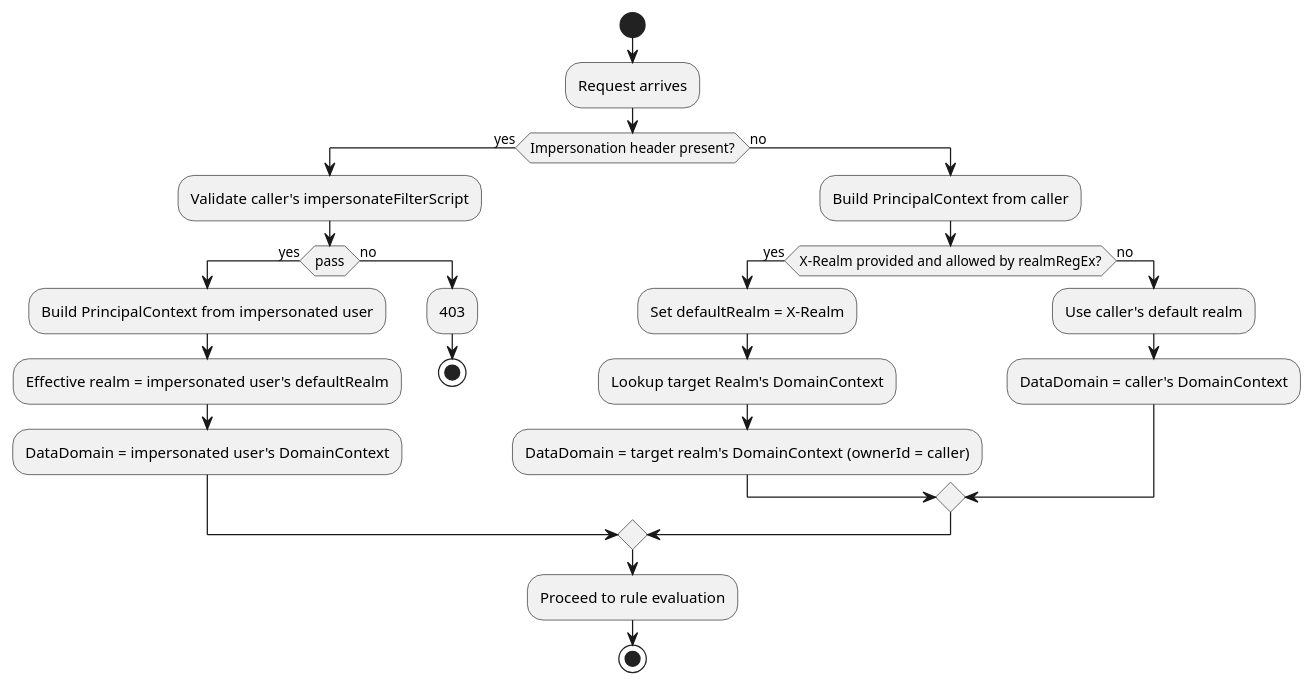
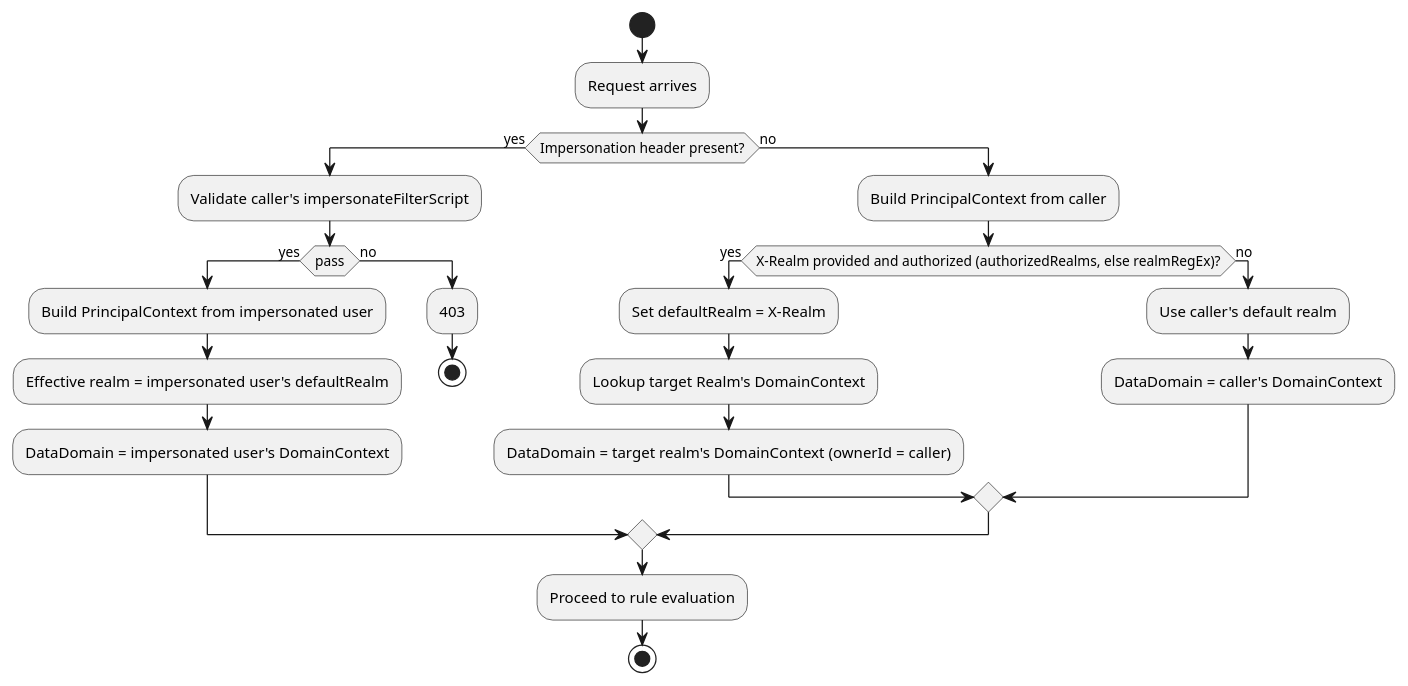
One commit to end2endlogic-com/quantum-framework changed the eighth of 10 diagrams in quantum-docs/src/docs/asciidoc/user-guide/permissions.adoc. Above: the diagram before and after it, drawn with PlantUML. The commit also changed other lines of this file and 43 other files, not shown here.

```diff
--- a/quantum-docs/src/docs/asciidoc/user-guide/permissions.adoc
+++ b/quantum-docs/src/docs/asciidoc/user-guide/permissions.adoc
@@ -2022,30 +2107,30 @@
 [plantuml]
 ....
 @startuml
 start
 :Request arrives;
 if (Impersonation header present?) then (yes)
   :Validate caller's impersonateFilterScript;
   if (pass) then (yes)
     :Build PrincipalContext from impersonated user;
     :Effective realm = impersonated user's defaultRealm;
     :DataDomain = impersonated user's DomainContext;
   else (no)
     :403;
     stop
   endif
 else (no)
   :Build PrincipalContext from caller;
-  if (X-Realm provided and allowed by realmRegEx?) then (yes)
+  if (X-Realm provided and authorized (authorizedRealms, else realmRegEx)?) then (yes)
     :Set defaultRealm = X-Realm;
     :Lookup target Realm's DomainContext;
     :DataDomain = target realm's DomainContext (ownerId = caller);
   else (no)
     :Use caller's default realm;
     :DataDomain = caller's DomainContext;
   endif
 endif
 :Proceed to rule evaluation;
 stop
 @enduml
 ....
```
